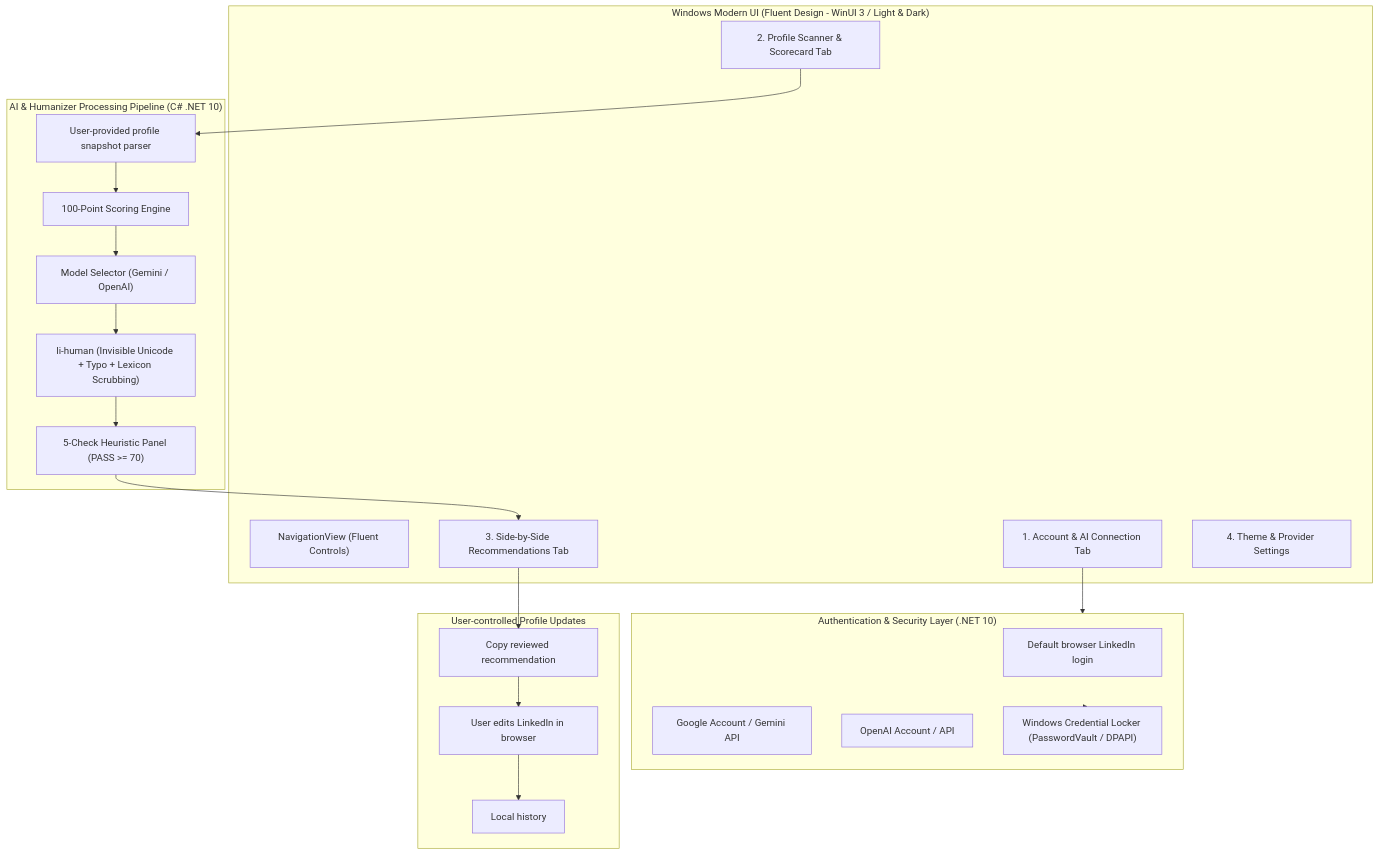
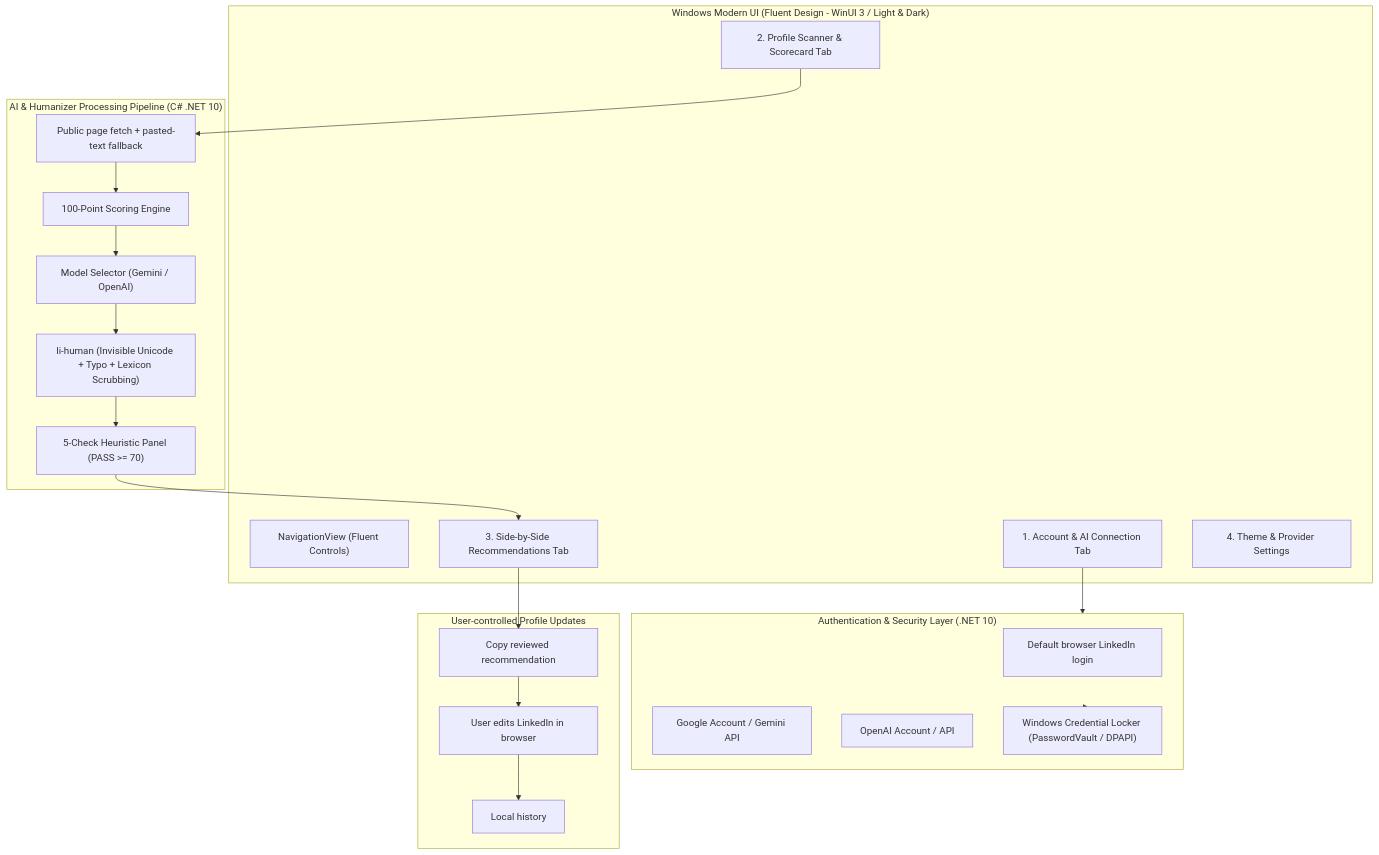
One commit to git-maniam/LIpstick changed the diagram in SPEC.md. Above: the diagram before and after it, drawn with Mermaid. The commit also changed other lines of this file and 13 other files, not shown here.

Commit message:
Fetch public LinkedIn profiles during manual scans

````diff
--- a/SPEC.md
+++ b/SPEC.md
@@ -19,38 +19,38 @@
 ```mermaid
 flowchart TD
     subgraph UI ["Windows Modern UI (Fluent Design - WinUI 3 / Light & Dark)"]
         Nav["NavigationView (Fluent Controls)"]
         AuthView["1. Account & AI Connection Tab"]
         ScanView["2. Profile Scanner & Scorecard Tab"]
         DiffView["3. Side-by-Side Recommendations Tab"]
         SettingsView["4. Theme & Provider Settings"]
     end
 
     subgraph AuthLayer ["Authentication & Security Layer (.NET 10)"]
         LIAuth["Default browser LinkedIn login"]
         GoogleAuth["Google Account / Gemini API"]
         OAIAuth["OpenAI Account / API"]
         CredMgr["Windows Credential Locker (PasswordVault / DPAPI)"]
     end
 
     subgraph CoreEngine ["AI & Humanizer Processing Pipeline (C# .NET 10)"]
         LLMSelect["Model Selector (Gemini / OpenAI)"]
-        SnapshotParser["User-provided profile snapshot parser"]
+        SnapshotParser["Public page fetch + pasted-text fallback"]
         Rubric["100-Point Scoring Engine"]
         Humanizer["li-human (Invisible Unicode + Typo + Lexicon Scrubbing)"]
         Detector["5-Check Heuristic Panel (PASS >= 70)"]
     end
 
     subgraph WriteBack ["User-controlled Profile Updates"]
         ApplyEngine["Copy reviewed recommendation"]
         LIApi["User edits LinkedIn in browser"]
         AuditLog["Local history"]
     end
 
     AuthView --> AuthLayer
     AuthLayer --> CredMgr
     ScanView --> SnapshotParser --> Rubric
     Rubric --> LLMSelect --> Humanizer --> Detector
     Detector --> DiffView
     DiffView --> ApplyEngine --> LIApi --> AuditLog
 ```
````
